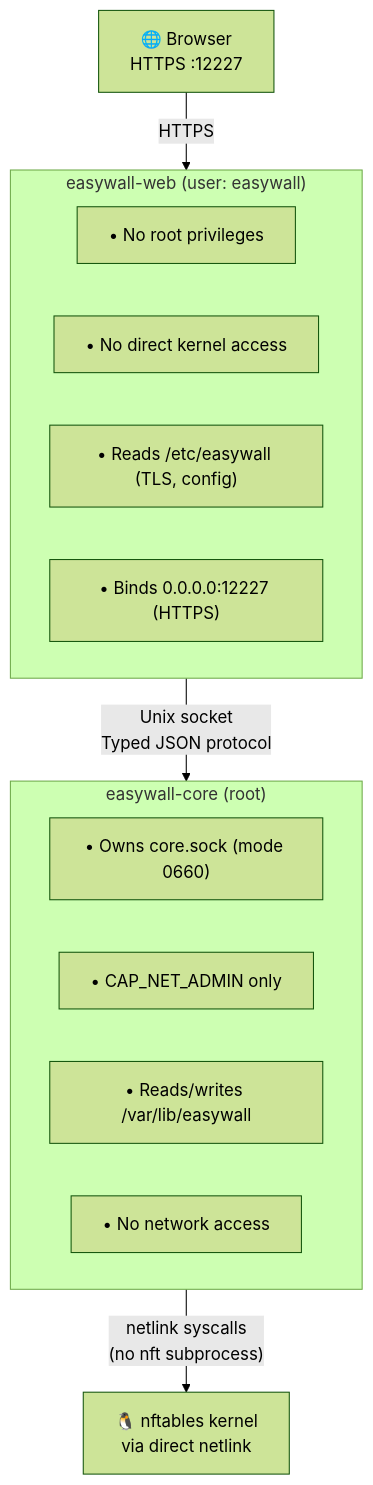
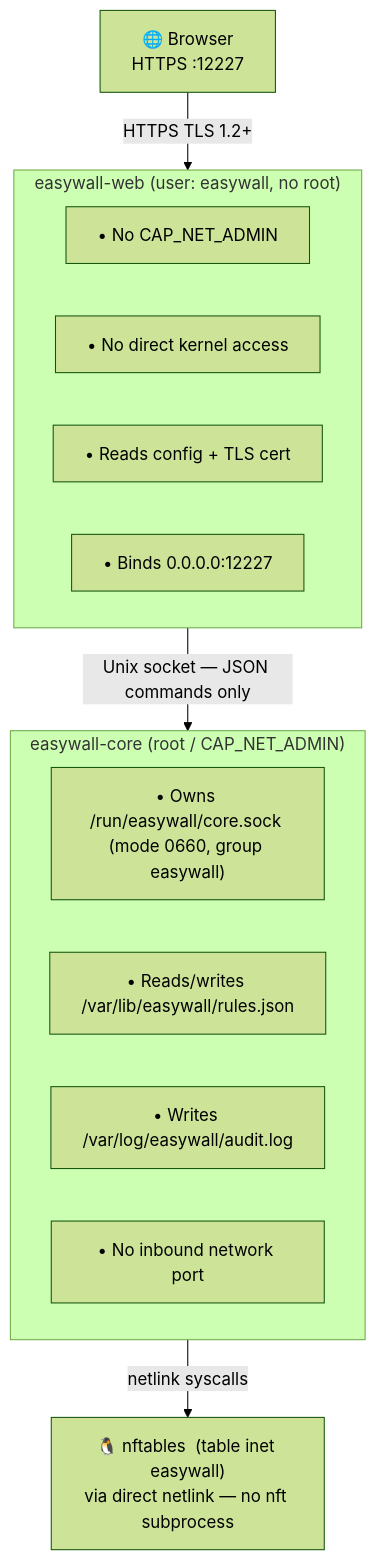
One commit to jp1337/easywall changed the diagram in docs/security.md. Above: the diagram before and after it, drawn with Mermaid (forest theme). The commit also changed other lines of this file and 18 other files, not shown here.

```diff
--- a/docs/security.md
+++ b/docs/security.md
@@ -26,24 +31,24 @@
 <div class="mermaid">
 flowchart TB
     Browser["🌐 Browser\nHTTPS :12227"]
 
-    subgraph web["easywall-web  (user: easywall)"]
-        W1["• No root privileges"]
+    subgraph web["easywall-web  (user: easywall, no root)"]
+        W1["• No CAP_NET_ADMIN"]
         W2["• No direct kernel access"]
-        W3["• Reads /etc/easywall (TLS, config)"]
-        W4["• Binds 0.0.0.0:12227 (HTTPS)"]
+        W3["• Reads config + TLS cert"]
+        W4["• Binds 0.0.0.0:12227"]
     end
 
-    subgraph core["easywall-core  (root)"]
-        C1["• Owns core.sock (mode 0660)"]
-        C2["• CAP_NET_ADMIN only"]
-        C3["• Reads/writes /var/lib/easywall"]
-        C4["• No network access"]
+    subgraph core["easywall-core  (root / CAP_NET_ADMIN)"]
+        C1["• Owns /run/easywall/core.sock (mode 0660, group easywall)"]
+        C2["• Reads/writes /var/lib/easywall/rules.json"]
+        C3["• Writes /var/log/easywall/audit.log"]
+        C4["• No inbound network port"]
     end
 
-    Kernel["🐧 nftables kernel\nvia direct netlink"]
+    Kernel["🐧 nftables  (table inet easywall)\nvia direct netlink — no nft subprocess"]
 
-    Browser -->|HTTPS| web
-    web -->|"Unix socket\nTyped JSON protocol"| core
-    core -->|"netlink syscalls\n(no nft subprocess)"| Kernel
+    Browser -->|"HTTPS TLS 1.2+"| web
+    web -->|"Unix socket — JSON commands only"| core
+    core -->|"netlink syscalls"| Kernel
 </div>
```
